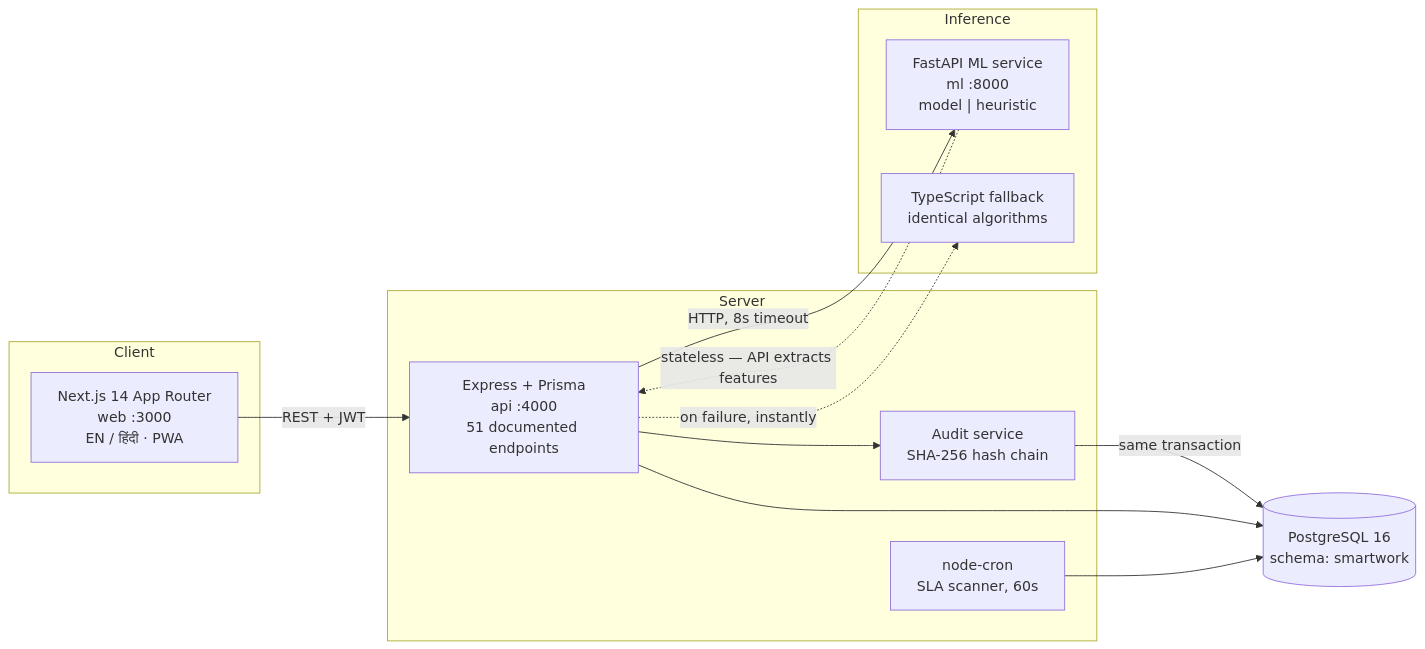
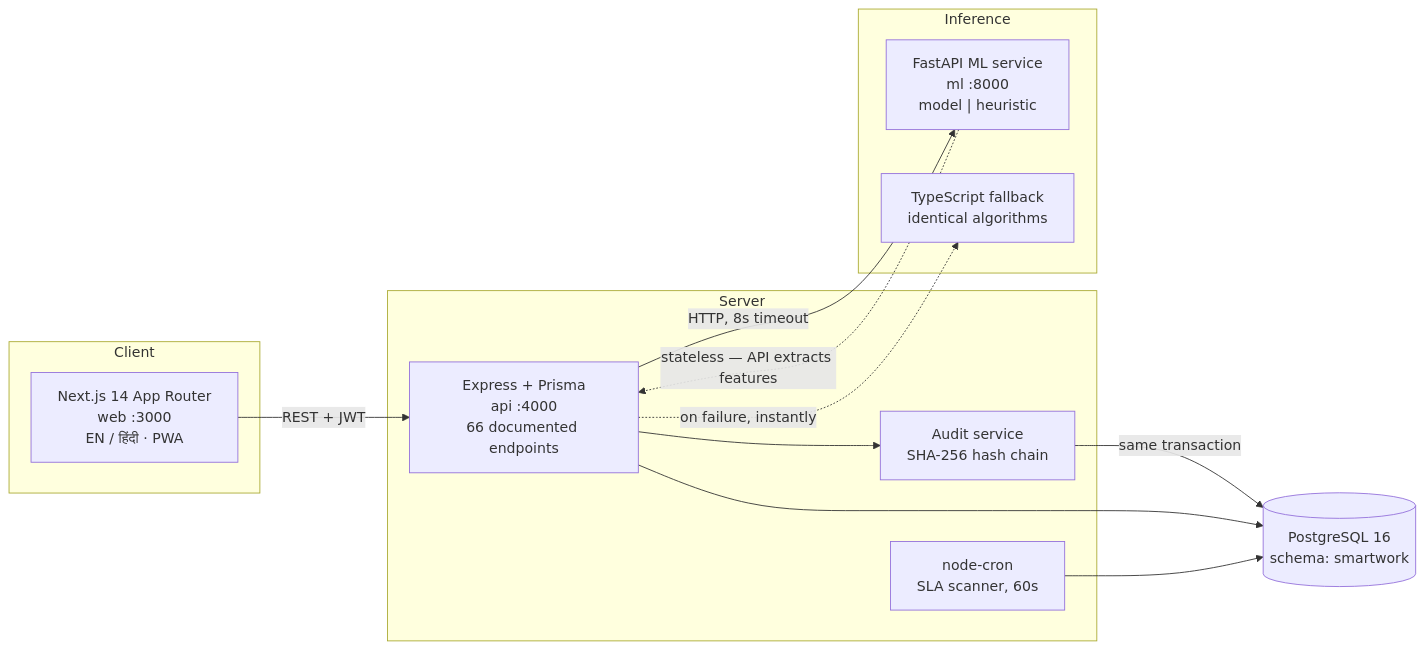
One commit to Het161/smartwork360 changed the diagram in TECHNICAL.md. Above: the diagram before and after it, drawn with Mermaid. The commit also changed other lines of this file and 4 other files, not shown here.

````diff
--- a/TECHNICAL.md
+++ b/TECHNICAL.md
@@ -48,28 +48,28 @@
 ```mermaid
 flowchart LR
   subgraph Client
     W["Next.js 14 App Router<br/>web :3000<br/>EN / हिंदी · PWA"]
   end
 
   subgraph Server
-    A["Express + Prisma<br/>api :4000<br/>51 documented endpoints"]
+    A["Express + Prisma<br/>api :4000<br/>66 documented endpoints"]
     AU["Audit service<br/>SHA-256 hash chain"]
     CR["node-cron<br/>SLA scanner, 60s"]
   end
 
   subgraph Inference
     M["FastAPI ML service<br/>ml :8000<br/>model | heuristic"]
     F["TypeScript fallback<br/>identical algorithms"]
   end
 
   DB[("PostgreSQL 16<br/>schema: smartwork")]
 
   W -->|"REST + JWT"| A
   A --> AU
   AU -->|"same transaction"| DB
   A --> DB
   CR --> DB
   A -->|"HTTP, 8s timeout"| M
   A -.->|"on failure, instantly"| F
   M -.->|"stateless — API extracts features"| A
 ```
````
